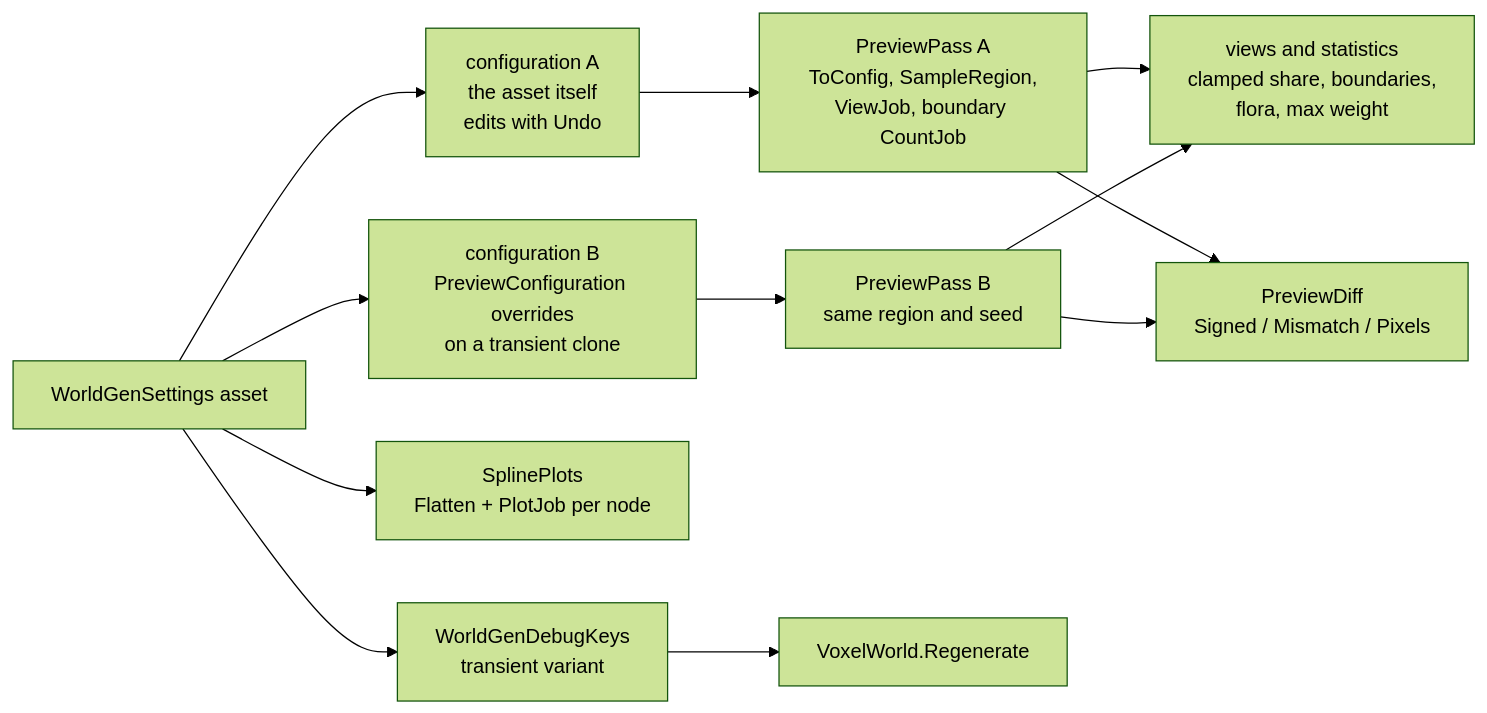
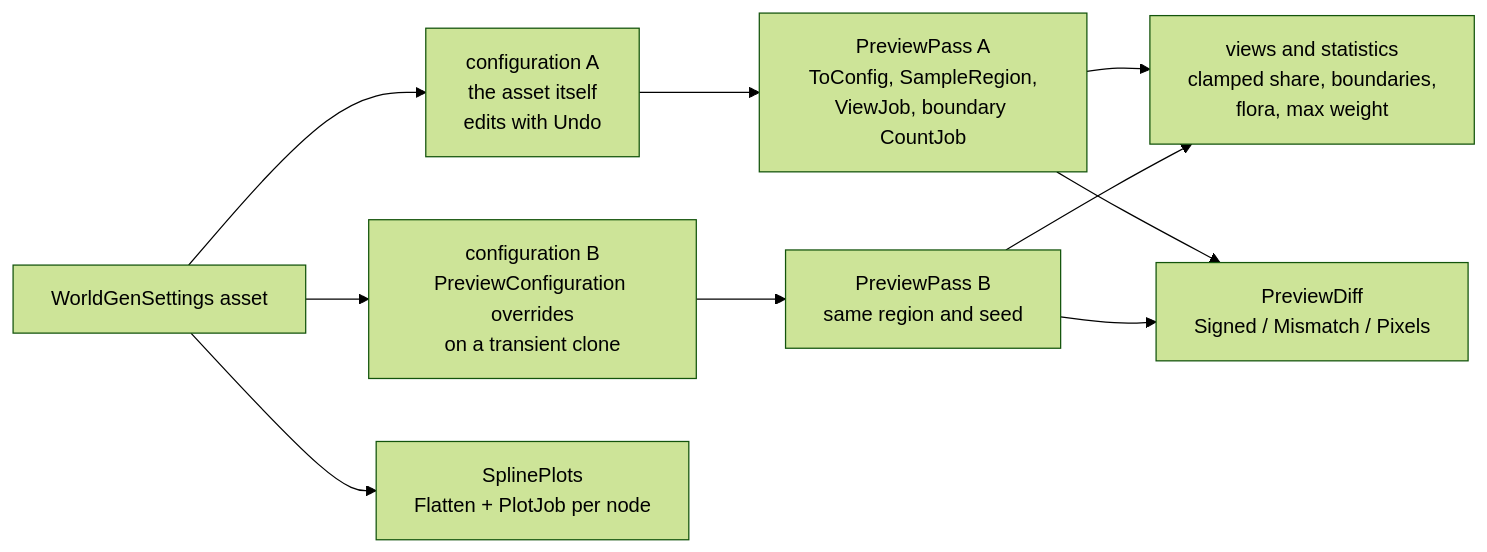
Before and after one commit to anilas5235/Infinitile: the fourth of 10 diagrams in Assets/Engine/Docs/WorldGenerationPipeline.md, drawn with Mermaid (forest theme). The commit also changed other lines of this file and 8 other files, not shown here.

First line of the commit message:
HUD: world-generation panel and debug keys removed (#66)

````diff
--- a/Assets/Engine/Docs/WorldGenerationPipeline.md
+++ b/Assets/Engine/Docs/WorldGenerationPipeline.md
@@ -395,25 +395,23 @@
 ```mermaid
 flowchart LR
     S[WorldGenSettings asset] --> A[configuration A
 the asset itself
 edits with Undo]
     S --> B[configuration B
 PreviewConfiguration overrides
 on a transient clone]
     A --> PA[PreviewPass A
 ToConfig, SampleRegion,
 ViewJob, boundary CountJob]
     B --> PB[PreviewPass B
 same region and seed]
     PA --> V[views and statistics
 clamped share, boundaries,
 flora, max weight]
     PB --> V
     PA --> D[PreviewDiff
 Signed / Mismatch / Pixels]
     PB --> D
     S --> SP[SplinePlots
 Flatten + PlotJob per node]
-    S --> G[WorldGenDebugKeys
-transient variant] --> R[VoxelWorld.Regenerate]
 ```
````
